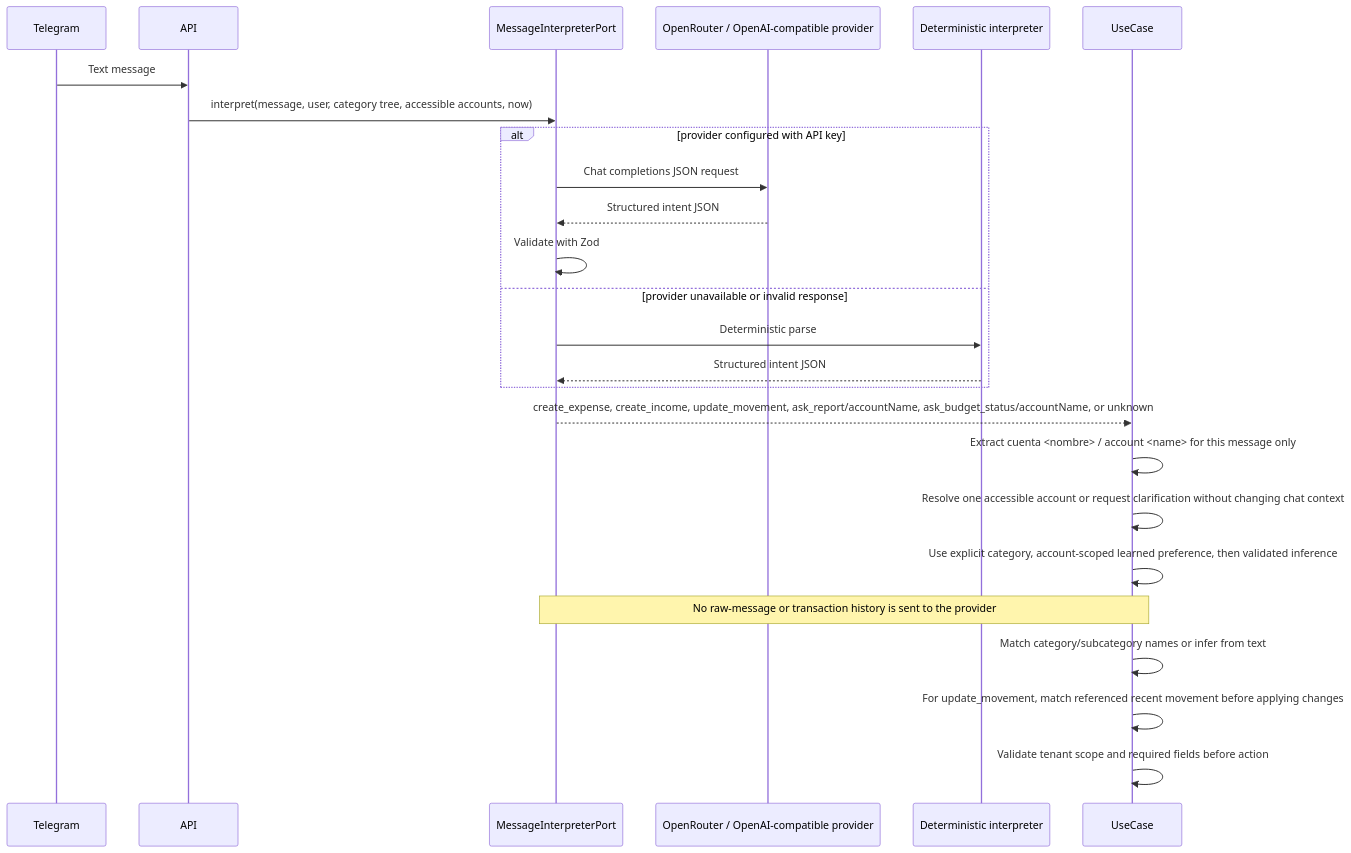
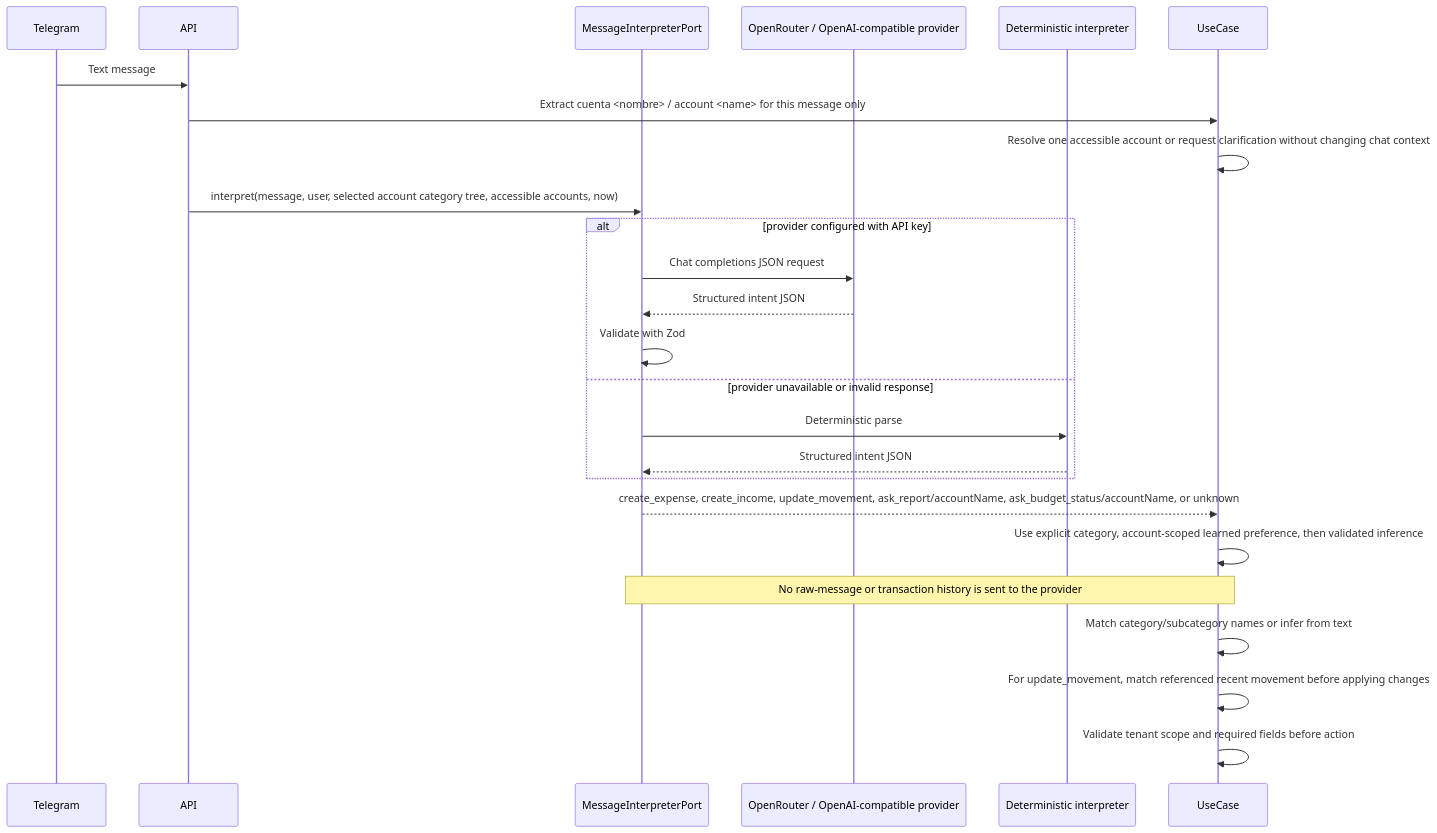
The diagram in docs/diagrams/message-interpretation.mmd (EduardoSalasG/expenses-tracker), drawn with Mermaid before and after one commit. The commit also changed 3 other files, not shown here.

```diff
--- a/docs/diagrams/message-interpretation.mmd
+++ b/docs/diagrams/message-interpretation.mmd
@@ -1,25 +1,25 @@
 sequenceDiagram
   participant Telegram
   participant API
   participant Port as MessageInterpreterPort
   participant LLM as OpenRouter / OpenAI-compatible provider
   participant Fallback as Deterministic interpreter
   participant UseCase
   Telegram->>API: Text message
-  API->>Port: interpret(message, user, category tree, accessible accounts, now)
+  API->>UseCase: Extract cuenta <nombre> / account <name> for this message only
+  UseCase->>UseCase: Resolve one accessible account or request clarification without changing chat context
+  API->>Port: interpret(message, user, selected account category tree, accessible accounts, now)
   alt provider configured with API key
     Port->>LLM: Chat completions JSON request
     LLM-->>Port: Structured intent JSON
     Port->>Port: Validate with Zod
   else provider unavailable or invalid response
     Port->>Fallback: Deterministic parse
     Fallback-->>Port: Structured intent JSON
   end
   Port-->>UseCase: create_expense, create_income, update_movement, ask_report/accountName, ask_budget_status/accountName, or unknown
-  UseCase->>UseCase: Extract cuenta <nombre> / account <name> for this message only
-  UseCase->>UseCase: Resolve one accessible account or request clarification without changing chat context
   UseCase->>UseCase: Use explicit category, account-scoped learned preference, then validated inference
   Note over UseCase,Port: No raw-message or transaction history is sent to the provider
   UseCase->>UseCase: Match category/subcategory names or infer from text
   UseCase->>UseCase: For update_movement, match referenced recent movement before applying changes
   UseCase->>UseCase: Validate tenant scope and required fields before action
```
